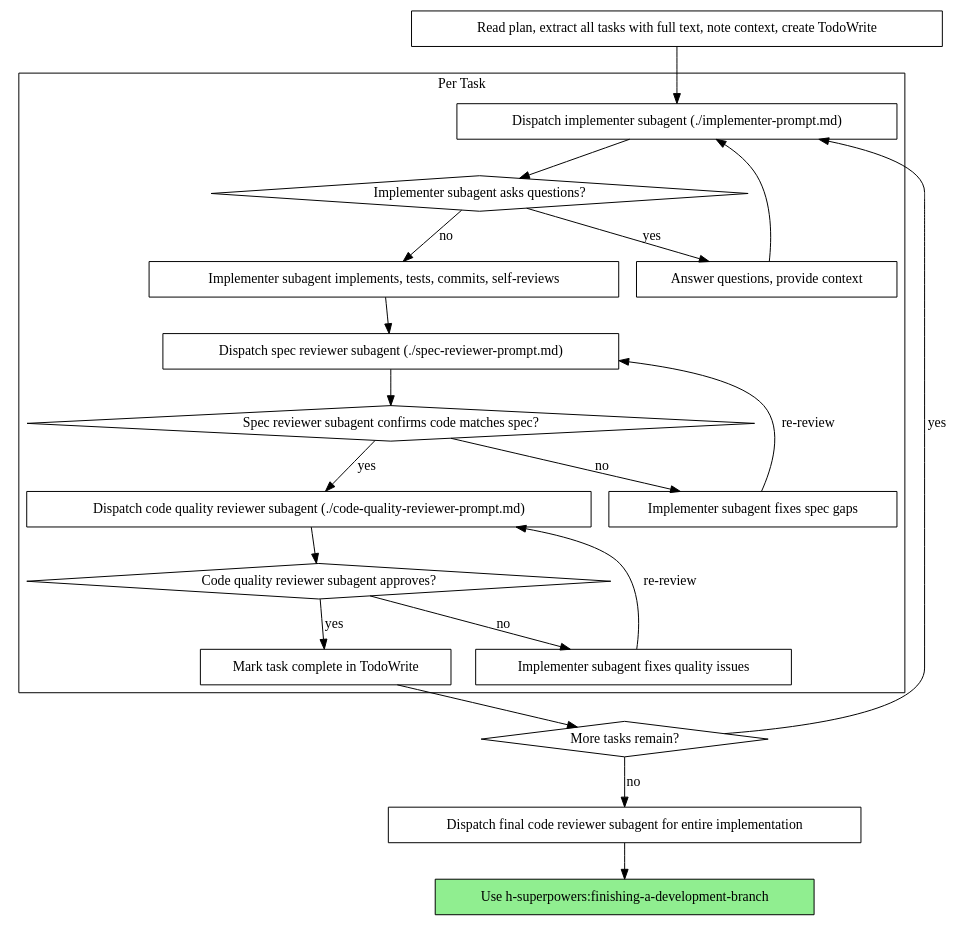
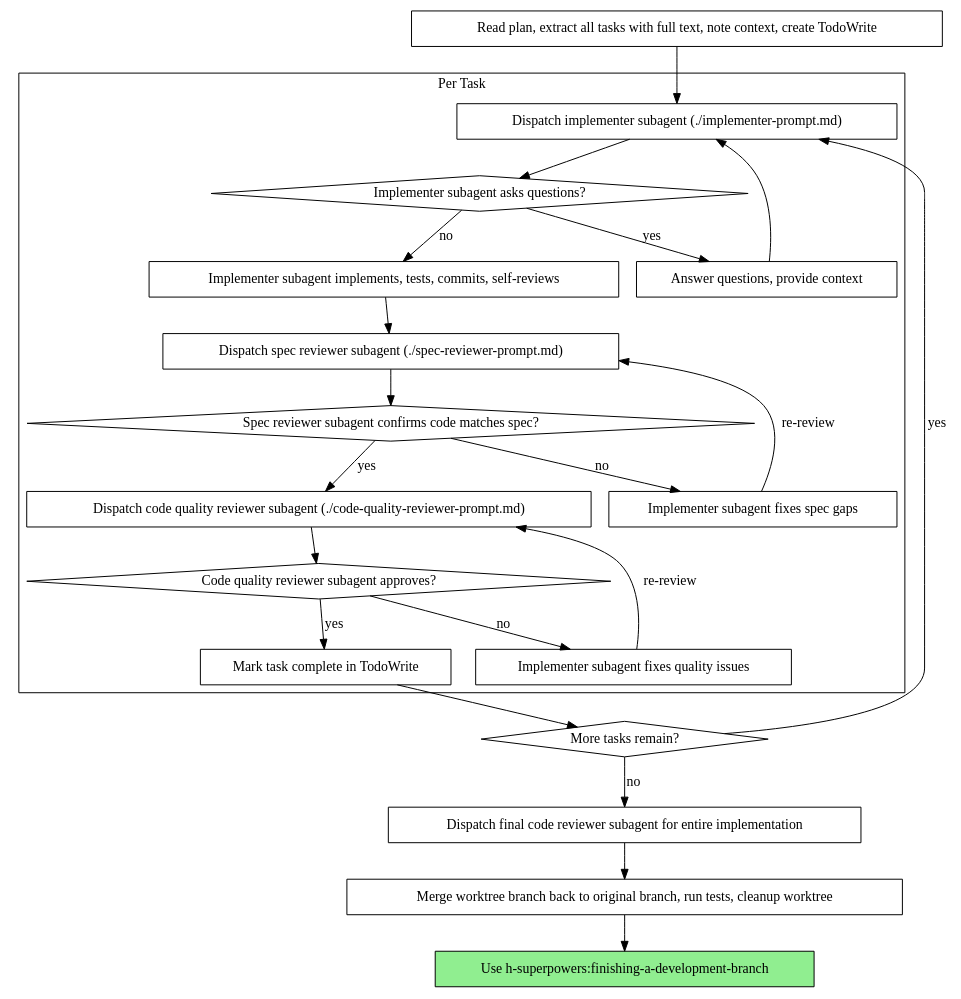
The second of 2 diagrams in skills/subagent-driven-development/SKILL.md (ehartye/Hartye-superpowers), drawn with Graphviz before and after one commit. The commit also changed other lines of this file and 5 other files, not shown here.

First line of the commit message:
Fix integration test infrastructure and add worktree completion to subagent skill

````diff
--- a/skills/subagent-driven-development/SKILL.md
+++ b/skills/subagent-driven-development/SKILL.md
@@ -40,44 +40,46 @@
 ```dot
 digraph process {
     rankdir=TB;
 
     subgraph cluster_per_task {
         label="Per Task";
         "Dispatch implementer subagent (./implementer-prompt.md)" [shape=box];
         "Implementer subagent asks questions?" [shape=diamond];
         "Answer questions, provide context" [shape=box];
         "Implementer subagent implements, tests, commits, self-reviews" [shape=box];
         "Dispatch spec reviewer subagent (./spec-reviewer-prompt.md)" [shape=box];
         "Spec reviewer subagent confirms code matches spec?" [shape=diamond];
         "Implementer subagent fixes spec gaps" [shape=box];
         "Dispatch code quality reviewer subagent (./code-quality-reviewer-prompt.md)" [shape=box];
         "Code quality reviewer subagent approves?" [shape=diamond];
         "Implementer subagent fixes quality issues" [shape=box];
         "Mark task complete in TodoWrite" [shape=box];
     }
 
     "Read plan, extract all tasks with full text, note context, create TodoWrite" [shape=box];
     "More tasks remain?" [shape=diamond];
     "Dispatch final code reviewer subagent for entire implementation" [shape=box];
+    "Merge worktree branch back to original branch, run tests, cleanup worktree" [shape=box];
     "Use h-superpowers:finishing-a-development-branch" [shape=box style=filled fillcolor=lightgreen];
 
     "Read plan, extract all tasks with full text, note context, create TodoWrite" -> "Dispatch implementer subagent (./implementer-prompt.md)";
     "Dispatch implementer subagent (./implementer-prompt.md)" -> "Implementer subagent asks questions?";
     "Implementer subagent asks questions?" -> "Answer questions, provide context" [label="yes"];
     "Answer questions, provide context" -> "Dispatch implementer subagent (./implementer-prompt.md)";
     "Implementer subagent asks questions?" -> "Implementer subagent implements, tests, commits, self-reviews" [label="no"];
     "Implementer subagent implements, tests, commits, self-reviews" -> "Dispatch spec reviewer subagent (./spec-reviewer-prompt.md)";
     "Dispatch spec reviewer subagent (./spec-reviewer-prompt.md)" -> "Spec reviewer subagent confirms code matches spec?";
     "Spec reviewer subagent confirms code matches spec?" -> "Implementer subagent fixes spec gaps" [label="no"];
     "Implementer subagent fixes spec gaps" -> "Dispatch spec reviewer subagent (./spec-reviewer-prompt.md)" [label="re-review"];
     "Spec reviewer subagent confirms code matches spec?" -> "Dispatch code quality reviewer subagent (./code-quality-reviewer-prompt.md)" [label="yes"];
     "Dispatch code quality reviewer subagent (./code-quality-reviewer-prompt.md)" -> "Code quality reviewer subagent approves?";
     "Code quality reviewer subagent approves?" -> "Implementer subagent fixes quality issues" [label="no"];
     "Implementer subagent fixes quality issues" -> "Dispatch code quality reviewer subagent (./code-quality-reviewer-prompt.md)" [label="re-review"];
     "Code quality reviewer subagent approves?" -> "Mark task complete in TodoWrite" [label="yes"];
     "Mark task complete in TodoWrite" -> "More tasks remain?";
     "More tasks remain?" -> "Dispatch implementer subagent (./implementer-prompt.md)" [label="yes"];
     "More tasks remain?" -> "Dispatch final code reviewer subagent for entire implementation" [label="no"];
-    "Dispatch final code reviewer subagent for entire implementation" -> "Use h-superpowers:finishing-a-development-branch";
+    "Dispatch final code reviewer subagent for entire implementation" -> "Merge worktree branch back to original branch, run tests, cleanup worktree";
+    "Merge worktree branch back to original branch, run tests, cleanup worktree" -> "Use h-superpowers:finishing-a-development-branch";
 }
 ```
````
